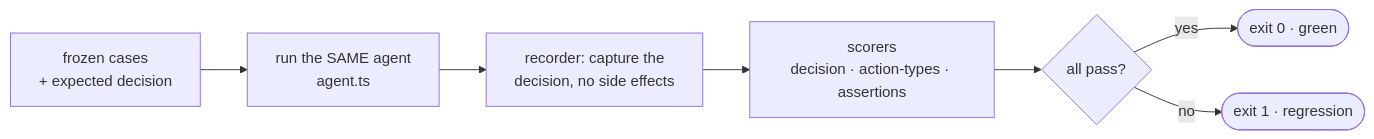
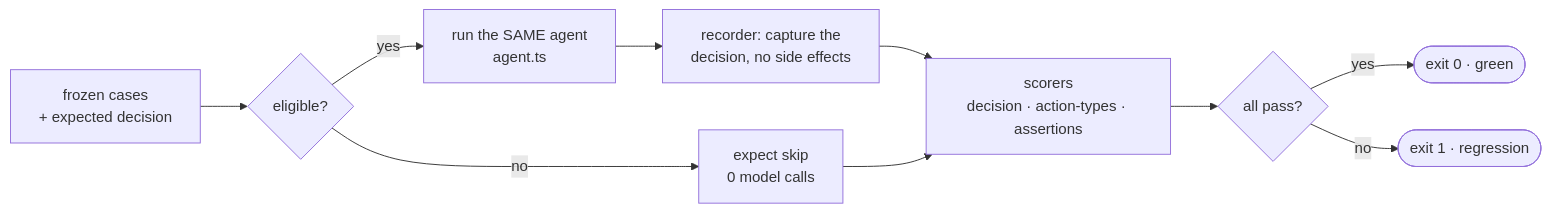
The second of 3 diagrams in README.md (Ayush2k02/goal-agent-workbook), drawn with Mermaid before and after one commit. The commit also changed other lines of this file and 11 other files, not shown here.

First line of the commit message:
Consolidate data into data.store.ts; add Lyft org + eligibility skip gate

````diff
--- a/README.md
+++ b/README.md
@@ -88,9 +109,12 @@
 ```mermaid
 flowchart LR
-  F[frozen cases<br/>+ expected decision] --> RUN[run the SAME agent<br/>agent.ts]
+  F[frozen cases<br/>+ expected decision] --> GATE{eligible?}
+  GATE -- "no" --> SK[expect skip<br/>0 model calls]
+  GATE -- "yes" --> RUN[run the SAME agent<br/>agent.ts]
   RUN --> REC[recorder: capture the<br/>decision, no side effects]
   REC --> SC[scorers<br/>decision · action-types · assertions]
+  SK --> SC
   SC --> V{all pass?}
   V -- yes --> G([exit 0 · green])
   V -- no --> B([exit 1 · regression])
 ```
````
